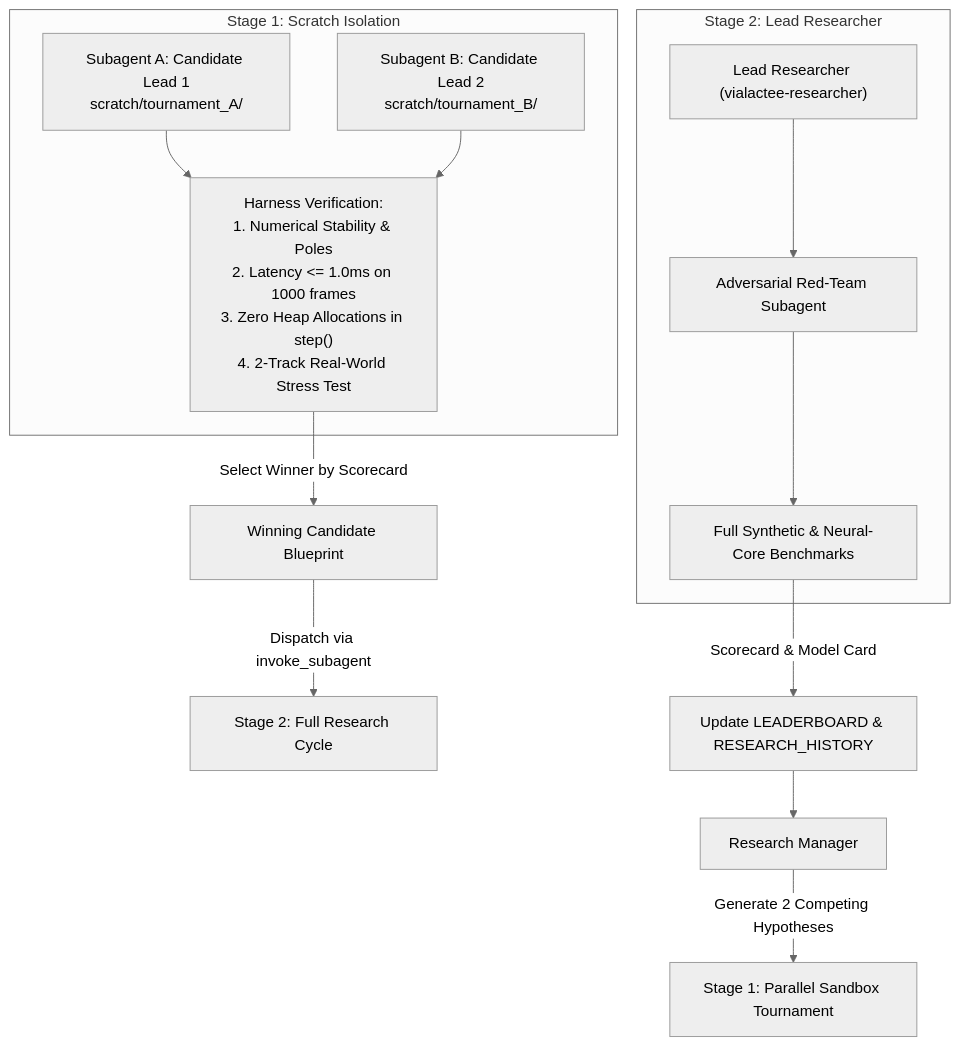
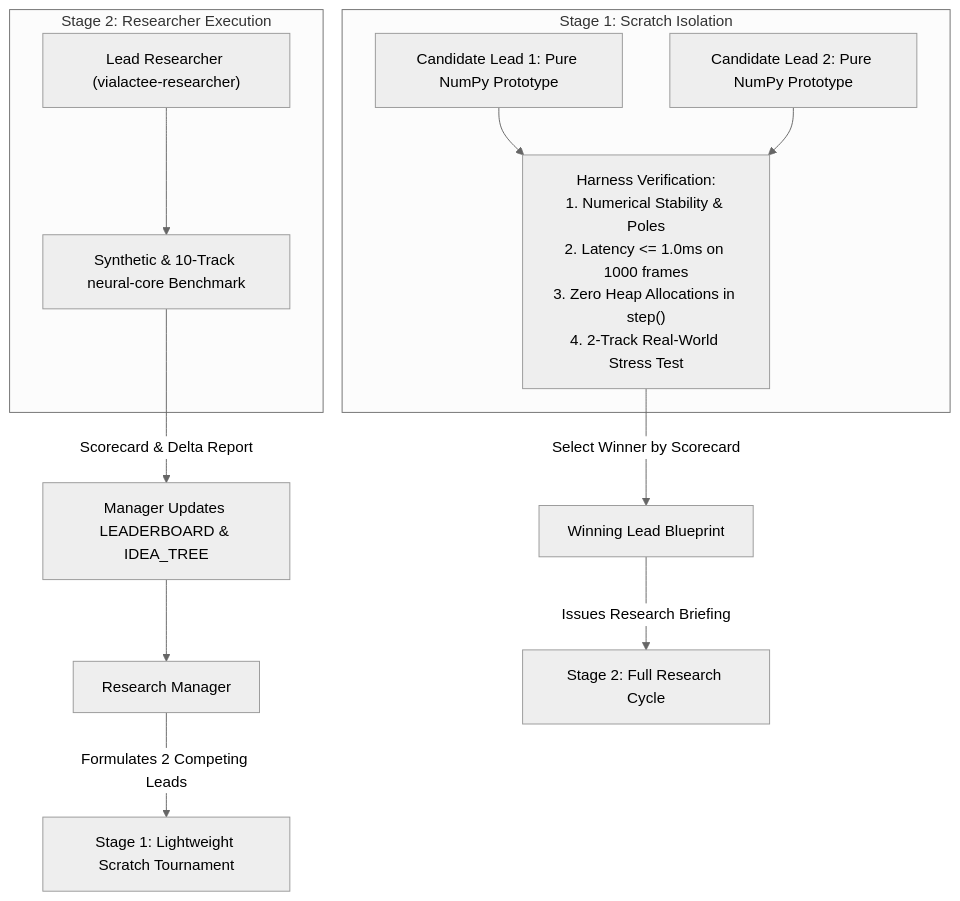
One commit to LucRobey/vialactee changed the second of 2 diagrams in .agents/skills/vialactee-research-manager/SKILL.md. Above: the diagram before and after it, drawn with Mermaid (neutral theme). The commit also changed other lines of this file and 35 other files, not shown here.

````diff
--- a/.agents/skills/vialactee-research-manager/SKILL.md
+++ b/.agents/skills/vialactee-research-manager/SKILL.md
@@ -88,24 +88,23 @@
 ```mermaid
 flowchart TD
-    M[Research Manager] -->|"Generate 2 Competing Hypotheses"| S1[Stage 1: Parallel Sandbox Tournament]
+    M[Research Manager] -->|"Formulates 2 Competing Leads"| S1[Stage 1: Lightweight Scratch Tournament]
     
     subgraph Stage1Sandbox ["Stage 1: Scratch Isolation"]
-        C1["Subagent A: Candidate Lead 1<br/>scratch/tournament_A/"]
-        C2["Subagent B: Candidate Lead 2<br/>scratch/tournament_B/"]
+        C1["Candidate Lead 1: Pure NumPy Prototype"]
+        C2["Candidate Lead 2: Pure NumPy Prototype"]
         TEST["Harness Verification:<br/>1. Numerical Stability & Poles<br/>2. Latency <= 1.0ms on 1000 frames<br/>3. Zero Heap Allocations in step()<br/>4. 2-Track Real-World Stress Test"]
         C1 & C2 --> TEST
     end
     
-    TEST -->|"Select Winner by Scorecard"| WIN["Winning Candidate Blueprint"]
-    WIN -->|"Dispatch via invoke_subagent"| S2["Stage 2: Full Research Cycle"]
+    TEST -->|"Select Winner by Scorecard"| WIN["Winning Lead Blueprint"]
+    WIN -->|"Issues Research Briefing"| S2[Stage 2: Full Research Cycle]
     
-    subgraph Stage2Execution ["Stage 2: Lead Researcher"]
+    subgraph Stage2Execution ["Stage 2: Researcher Execution"]
         R["Lead Researcher (vialactee-researcher)"]
-        RED["Adversarial Red-Team Subagent"]
-        BENCH["Full Synthetic & Neural-Core Benchmarks"]
-        R --> RED --> BENCH
+        BENCH["Synthetic & 10-Track neural-core Benchmark"]
+        R --> BENCH
     end
     
-    BENCH -->|"Scorecard & Model Card"| LOG["Update LEADERBOARD & RESEARCH_HISTORY"]
+    BENCH -->|"Scorecard & Delta Report"| LOG["Manager Updates LEADERBOARD & IDEA_TREE"]
     LOG --> M
 ```
````
